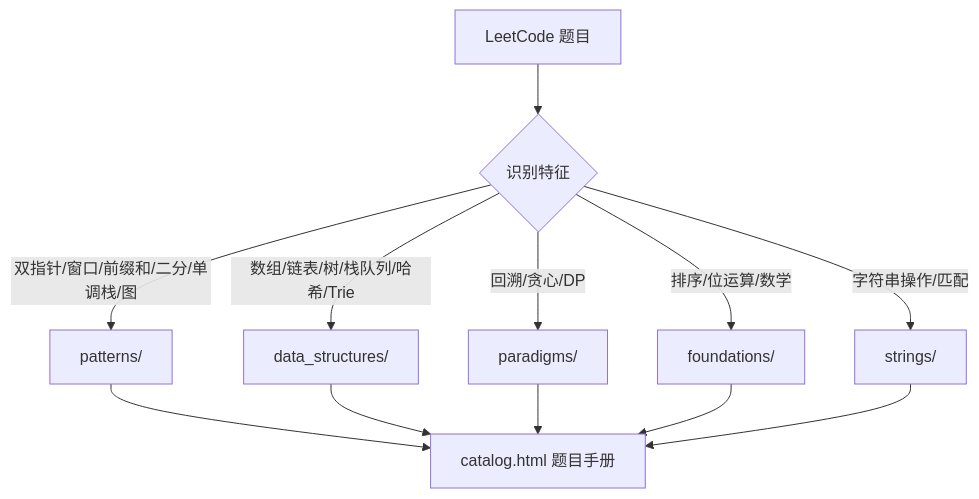
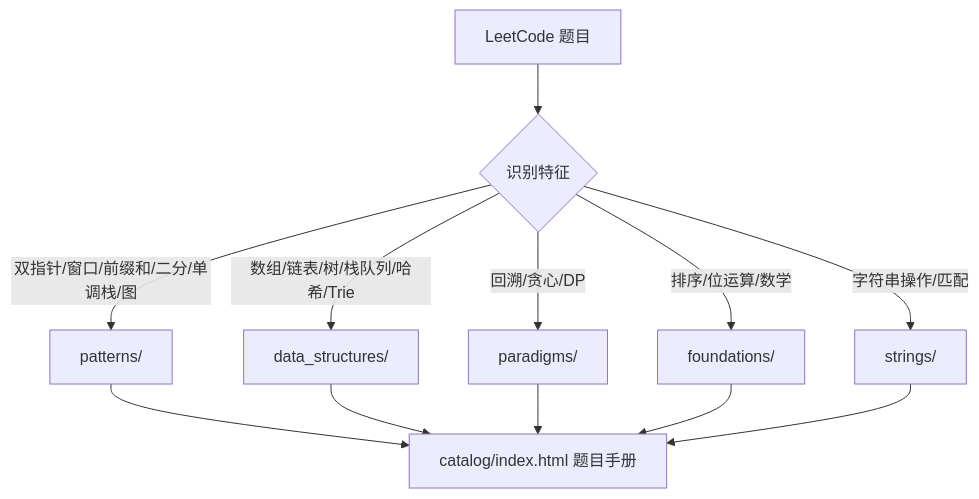
Before and after one commit to Liangyq1995/algorithm: the diagram in README.md, drawn with Mermaid. The commit also changed other lines of this file and 23 other files, not shown here.

````diff
--- a/README.md
+++ b/README.md
@@ -171,10 +165,10 @@
 ```mermaid
 graph TD
     A[LeetCode 题目] --> B{识别特征}
     B -->|双指针/窗口/前缀和/二分/单调栈/图| C[patterns/]
     B -->|数组/链表/树/栈队列/哈希/Trie| D[data_structures/]
     B -->|回溯/贪心/DP| E[paradigms/]
     B -->|排序/位运算/数学| F[foundations/]
     B -->|字符串操作/匹配| G[strings/]
-    C & D & E & F & G --> H[catalog.html 题目手册]
+    C & D & E & F & G --> H[catalog/index.html 题目手册]
 ```
````
